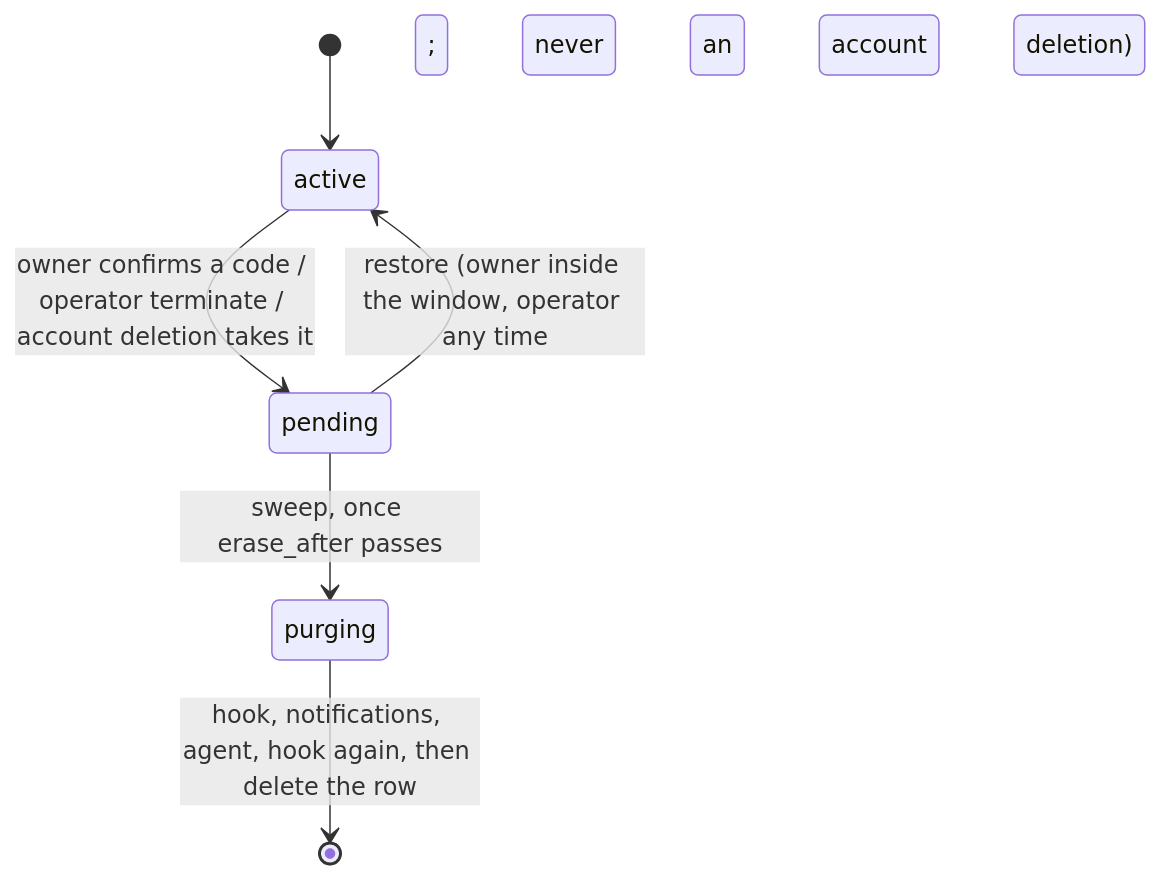
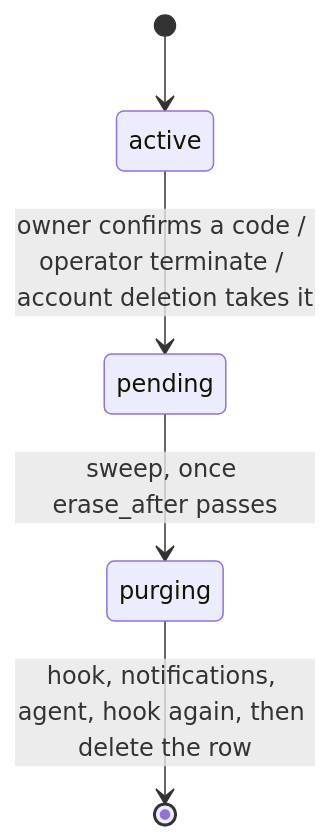
The first of 2 diagrams in architecture/deletion.md (telmoni/telmoni), drawn with Mermaid before and after one commit. The commit also changed other lines of this file and 43 other files, not shown here.

````diff
--- a/architecture/deletion.md
+++ b/architecture/deletion.md
@@ -25,8 +25,7 @@
 ```mermaid
 stateDiagram-v2
   [*] --> active
   active --> pending: owner confirms a code / operator terminate / account deletion takes it
-  pending --> active: restore (owner inside the window, operator any time; never an account deletion)
   pending --> purging: sweep, once erase_after passes
   purging --> [*]: hook, notifications, agent, hook again, then delete the row
 ```
````
